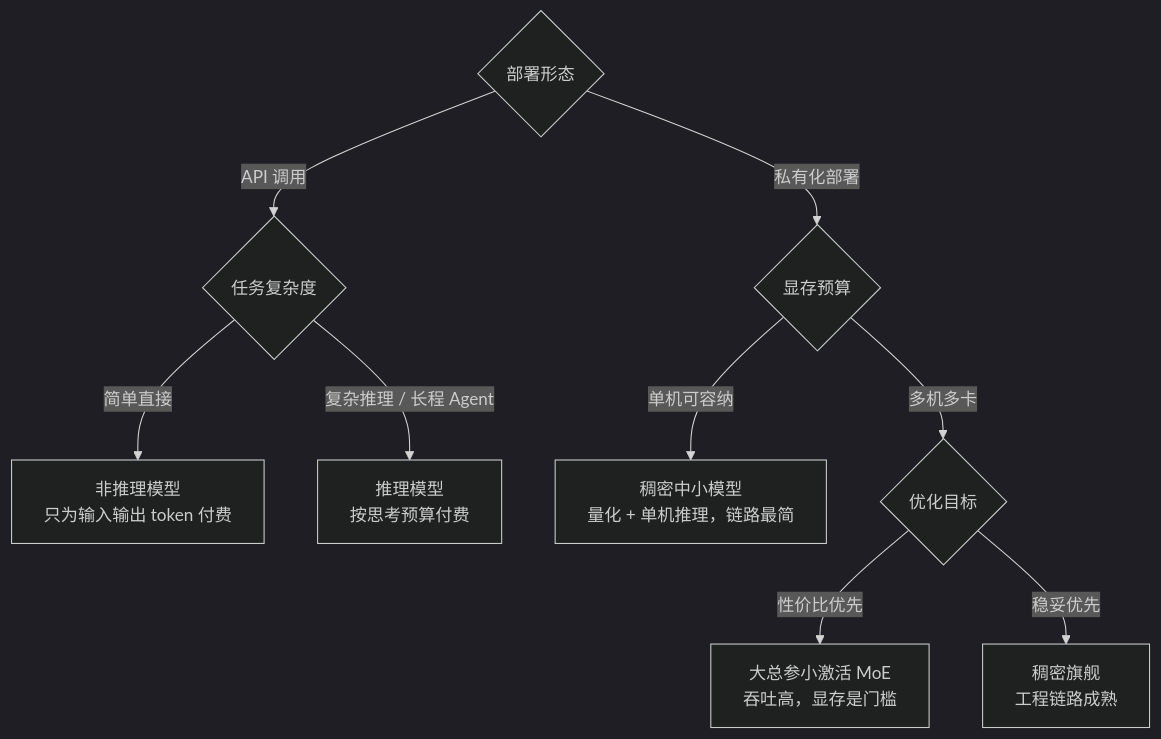
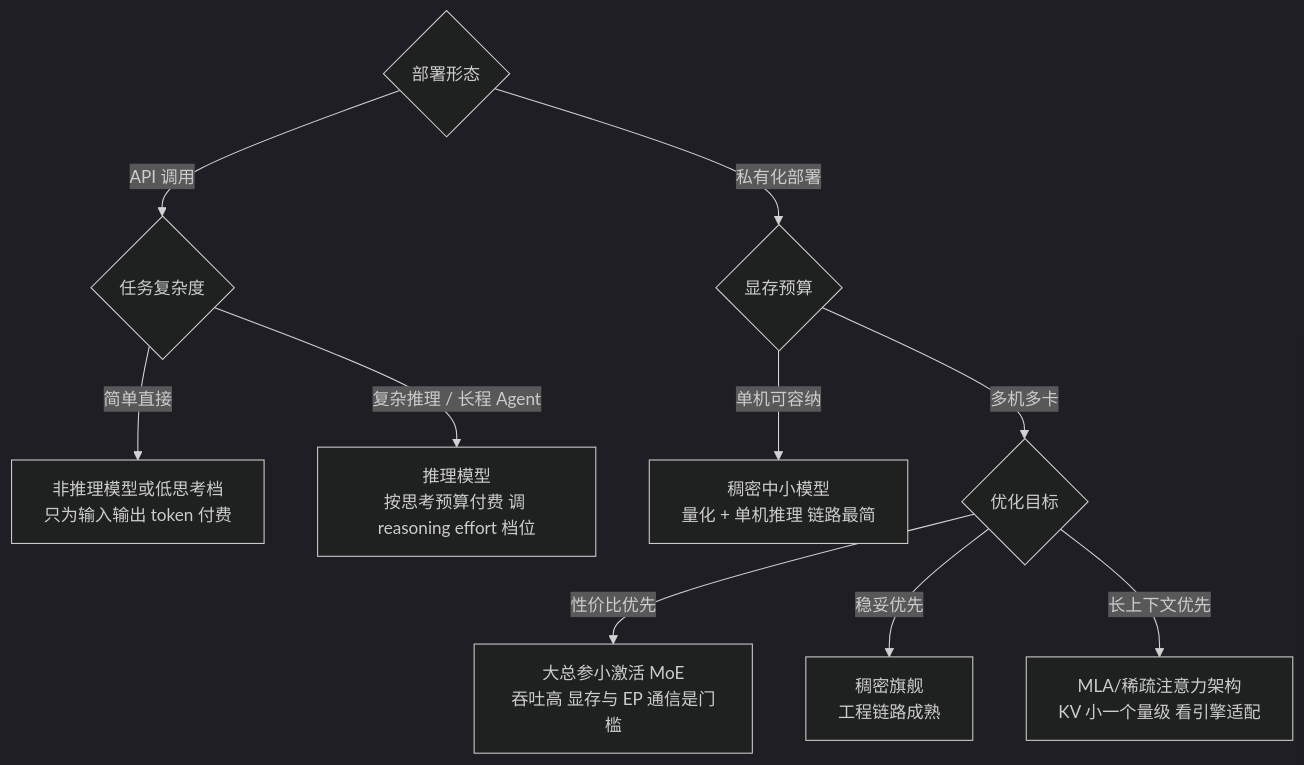
Before and after one commit to shuifans/cloud-ai-knowledge-base: the fifth of 6 diagrams in docs/ai/models/llm.md, drawn with Mermaid (dark theme). The commit also changed other lines of this file and 294 other files, not shown here.

First line of the commit message:
更新: 全站 35 篇文章对标 speech-gen 全面升级（深度/配图/引用/决策图）

````diff
--- a/docs/ai/models/llm.md
+++ b/docs/ai/models/llm.md
@@ -247,11 +645,12 @@
 ```mermaid
 flowchart TD
   S{部署形态} -->|API 调用| A{任务复杂度}
   S -->|私有化部署| M{显存预算}
-  A -->|简单直接| N[非推理模型<br/>只为输入输出 token 付费]
-  A -->|复杂推理 / 长程 Agent| R[推理模型<br/>按思考预算付费]
-  M -->|单机可容纳| D[稠密中小模型<br/>量化 + 单机推理，链路最简]
+  A -->|简单直接| N[非推理模型或低思考档<br/>只为输入输出 token 付费]
+  A -->|复杂推理 / 长程 Agent| R[推理模型<br/>按思考预算付费 调 reasoning effort 档位]
+  M -->|单机可容纳| D[稠密中小模型<br/>量化 + 单机推理 链路最简]
   M -->|多机多卡| E{优化目标}
-  E -->|性价比优先| MO[大总参小激活 MoE<br/>吞吐高，显存是门槛]
+  E -->|性价比优先| MO[大总参小激活 MoE<br/>吞吐高 显存与 EP 通信是门槛]
   E -->|稳妥优先| DE[稠密旗舰<br/>工程链路成熟]
+  E -->|长上下文优先| MLA[MLA/稀疏注意力架构<br/>KV 小一个量级 看引擎适配]
 ```
````
